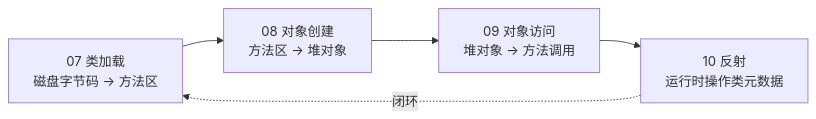
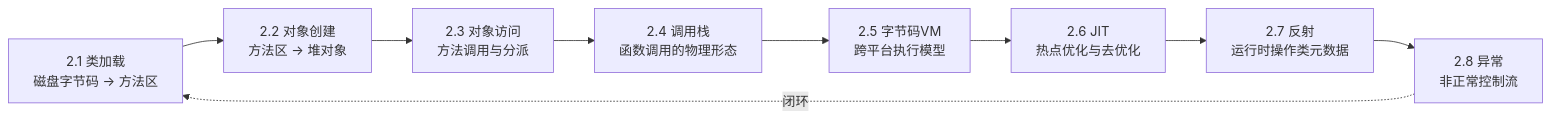
One commit to chongyang211/YCBookBlog changed the diagram in 00.通用技术的提升/02.程序编程原理/02.第2卷运行时模型/README.md. Above: the diagram before and after it, drawn with Mermaid. The commit also changed other lines of this file and 57 other files, not shown here.

Commit message:
一张图看懂这篇导读

````diff
--- a/00.通用技术的提升/02.程序编程原理/02.第2卷运行时模型/README.md
+++ b/00.通用技术的提升/02.程序编程原理/02.第2卷运行时模型/README.md
@@ -33,7 +40,11 @@
 ```mermaid
 flowchart LR
-    A[07 类加载<br/>磁盘字节码 → 方法区] --> B[08 对象创建<br/>方法区 → 堆对象]
-    B --> C[09 对象访问<br/>堆对象 → 方法调用]
-    C --> D[10 反射<br/>运行时操作类元数据]
-    D -.闭环.-> A
+    A[2.1 类加载<br/>磁盘字节码 → 方法区] --> B[2.2 对象创建<br/>方法区 → 堆对象]
+    B --> C[2.3 对象访问<br/>方法调用与分派]
+    C --> D[2.4 调用栈<br/>函数调用的物理形态]
+    D --> E[2.5 字节码VM<br/>跨平台执行模型]
+    E --> F[2.6 JIT<br/>热点优化与去优化]
+    F --> G[2.7 反射<br/>运行时操作类元数据]
+    G --> H[2.8 异常<br/>非正常控制流]
+    H -.闭环.-> A
 ```
````
